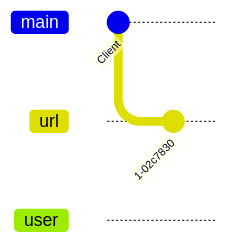
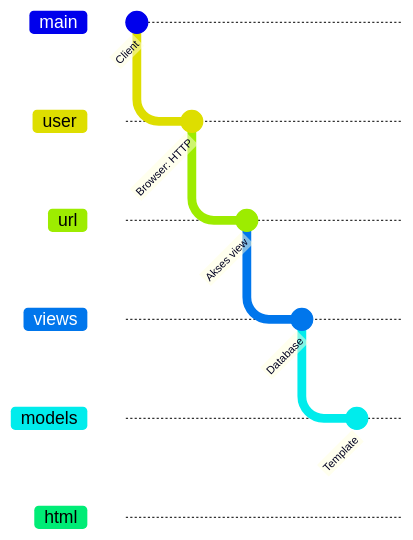
One commit to codeynamic5/e-commerce changed the diagram in README.md. Above: the diagram before and after it, drawn with Mermaid.

````diff
--- a/README.md
+++ b/README.md
@@ -118,9 +118,18 @@
    ```mermaid 
    gitGraph
         commit id: "Client"
+        branch user
+        checkout user
+        commit id: "Browser: HTTP"
         branch url
         checkout url
-        commit id: ""
-        branch user
-        checkout user
+        commit id: "Akses view"
+        branch views
+        checkout views
+        commit id: "Database"
+        branch models
+        checkout models
+        commit id: "Template"
+        branch html
+        checkout html
    ```
````
